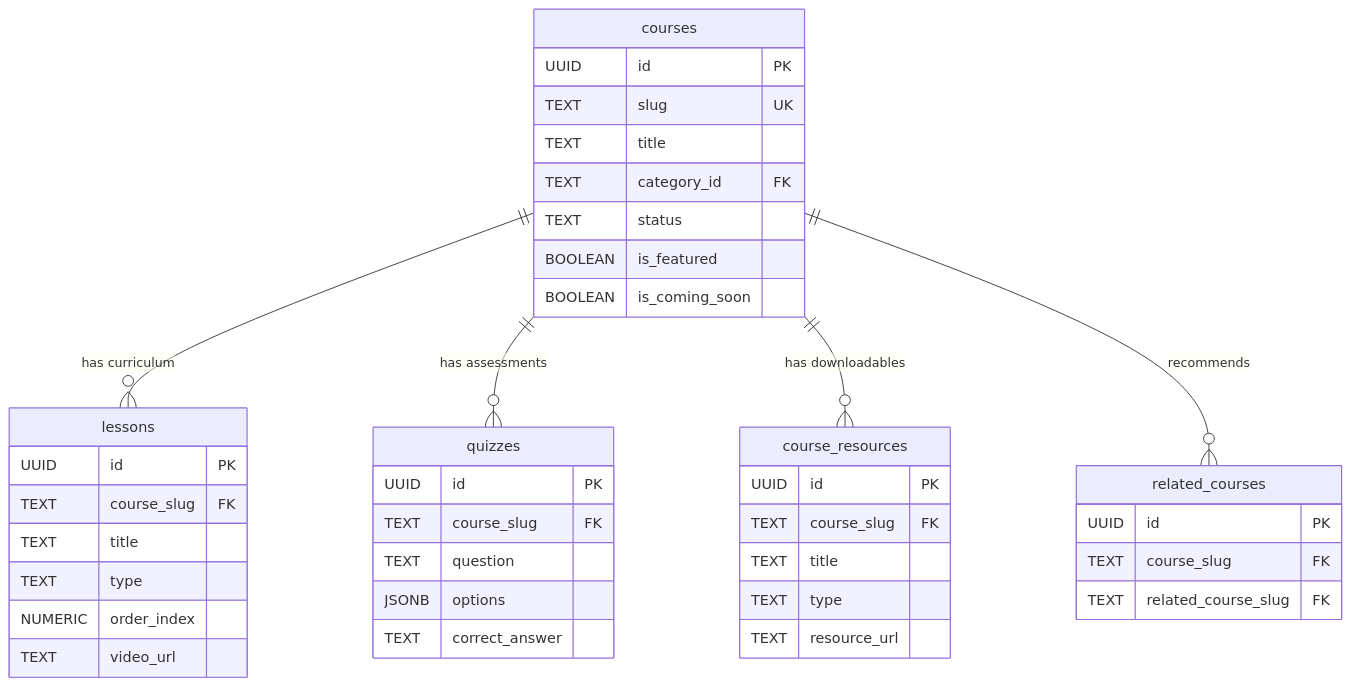
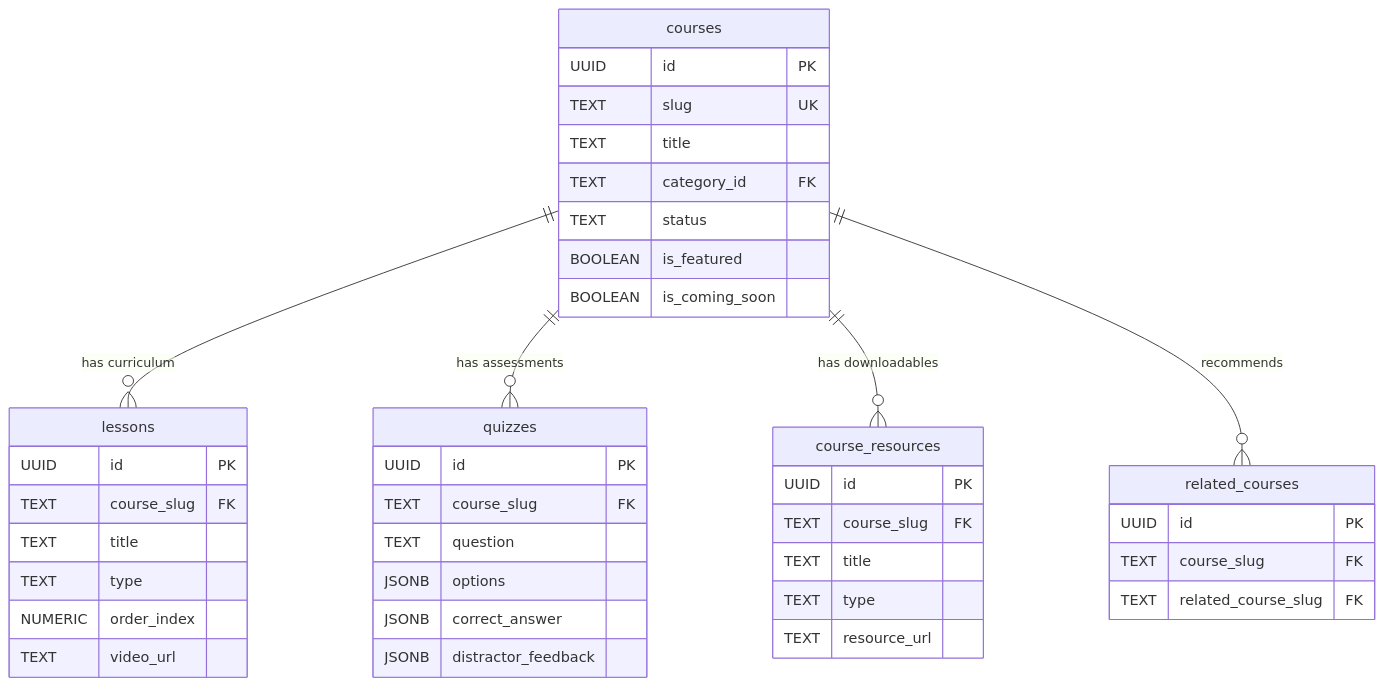
The second of 4 diagrams in docs/specs/entity_relationship_diagram.md (DQ-PLT-PROD/DQ_Prod_DTMA), drawn with Mermaid before and after one commit. The commit also changed other lines of this file and 124 other files, not shown here.

````diff
--- a/docs/specs/entity_relationship_diagram.md
+++ b/docs/specs/entity_relationship_diagram.md
@@ -272,48 +273,49 @@
 ```mermaid
 erDiagram
     courses ||--o{ lessons : "has curriculum"
     courses ||--o{ quizzes : "has assessments"
     courses ||--o{ course_resources : "has downloadables"
     courses ||--o{ related_courses : "recommends"
     
     courses {
         UUID id PK
         TEXT slug UK
         TEXT title
         TEXT category_id FK
         TEXT status
         BOOLEAN is_featured
         BOOLEAN is_coming_soon
     }
     
     lessons {
         UUID id PK
         TEXT course_slug FK
         TEXT title
         TEXT type
         NUMERIC order_index
         TEXT video_url
     }
     
     quizzes {
         UUID id PK
         TEXT course_slug FK
         TEXT question
         JSONB options
-        TEXT correct_answer
+        JSONB correct_answer
+        JSONB distractor_feedback
     }
     
     course_resources {
         UUID id PK
         TEXT course_slug FK
         TEXT title
         TEXT type
         TEXT resource_url
     }
     
     related_courses {
         UUID id PK
         TEXT course_slug FK
         TEXT related_course_slug FK
     }
 ```
````
